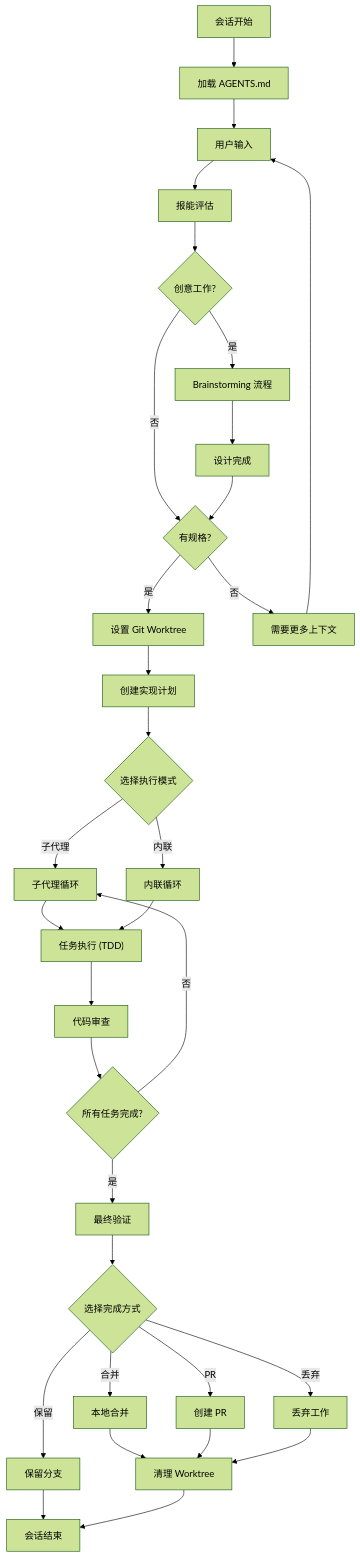
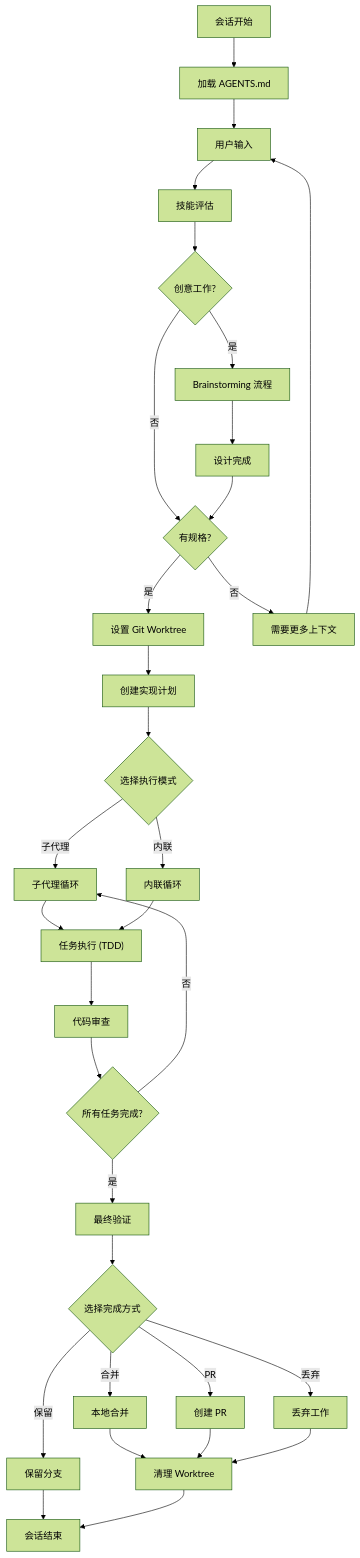
Before and after one commit to Jiraiya8/superpowers: diagram 20 of 20 in docs/superpowers-flowcharts.md, drawn with Mermaid (forest theme). The commit also changed other lines of this file and 1 other file, not shown here.

````diff
--- a/docs/superpowers-flowcharts.md
+++ b/docs/superpowers-flowcharts.md
@@ -723,50 +723,50 @@
 ```mermaid
 graph TB
     SessionStart["会话开始"] --> LoadAgents["加载 AGENTS.md"]
     
     LoadAgents --> UserInput["用户输入"]
     
-    UserInput --> SkillEvaluation["报能评估"]
+    UserInput --> SkillEvaluation["技能评估"]
     
     SkillEvaluation --> CreativeWork{"创意工作?"}
     CreativeWork -->|"是"| BrainstormFlow["Brainstorming 流程"]
     CreativeWork -->|"否"| HasSpec{"有规格?"}
     
     BrainstormFlow --> DesignDone["设计完成"]
     DesignDone --> HasSpec
     
     HasSpec -->|"是"| SetupWorktree["设置 Git Worktree"]
     HasSpec -->|"否"| MoreContext["需要更多上下文"]
     
     MoreContext --> UserInput
     SetupWorktree --> CreatePlan["创建实现计划"]
     
     CreatePlan --> ChooseMode{"选择执行模式"}
     
     ChooseMode -->|"子代理"| SubagentLoop["子代理循环"]
     ChooseMode -->|"内联"| InlineLoop["内联循环"]
     
     SubagentLoop --> TaskExecution["任务执行 (TDD)"]
     InlineLoop --> TaskExecution
     
     TaskExecution --> CodeReview["代码审查"]
     
     CodeReview --> AllComplete{"所有任务完成?"}
     
     AllComplete -->|"否"| SubagentLoop
     AllComplete -->|"是"| FinalVerify["最终验证"]
     
     FinalVerify --> ChooseFinish{"选择完成方式"}
     
     ChooseFinish -->|"合并"| MergeLocal["本地合并"]
     ChooseFinish -->|"PR"| CreatePR["创建 PR"]
     ChooseFinish -->|"保留"| KeepBranch["保留分支"]
     ChooseFinish -->|"丢弃"| DiscardWork["丢弃工作"]
     
     MergeLocal --> Cleanup["清理 Worktree"]
     CreatePR --> Cleanup
     DiscardWork --> Cleanup
     KeepBranch --> SessionEnd["会话结束"]
     
     Cleanup --> SessionEnd
 ```
````
